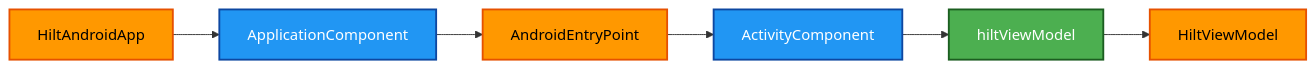
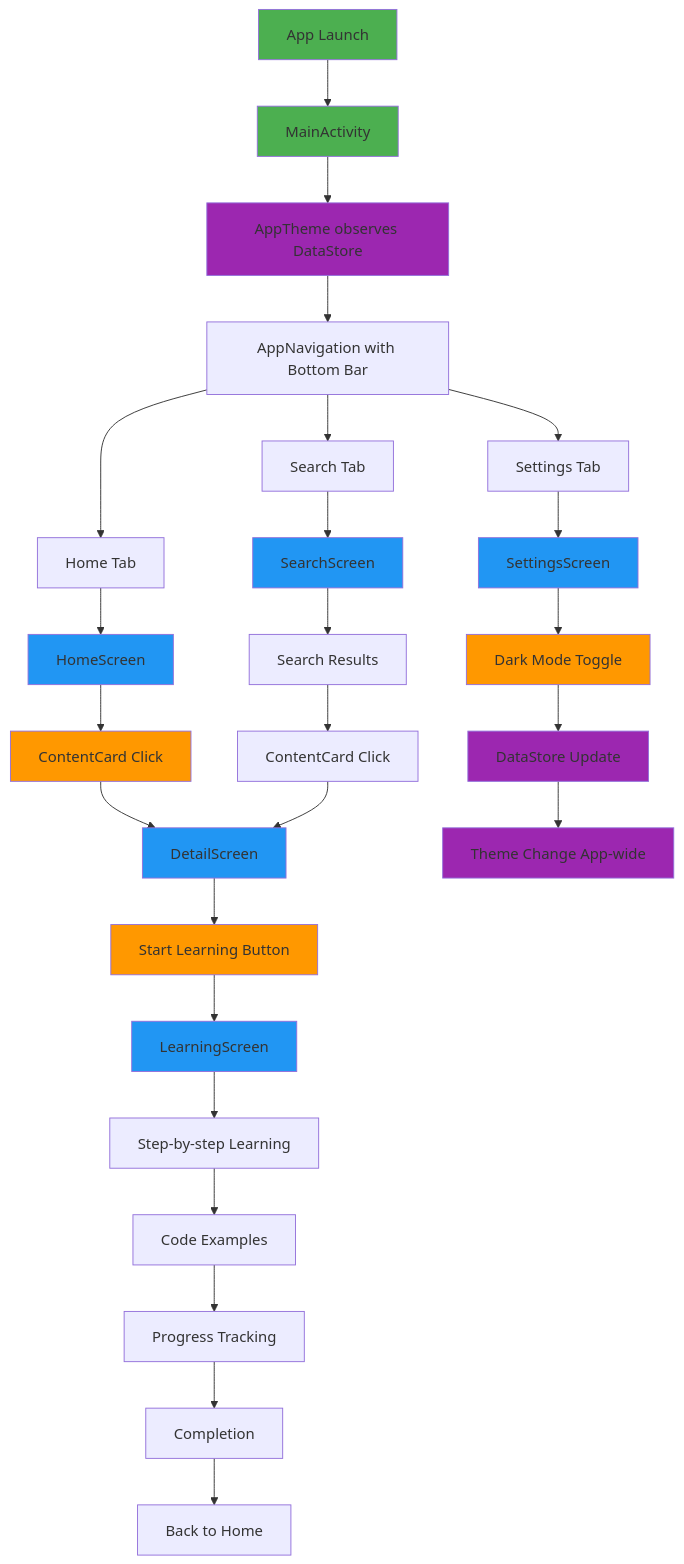
Before and after one commit to robertrahardja/androidone: the third of 3 diagrams in guide.md, drawn with Mermaid. The commit also changed other lines of this file, not shown here.

````diff
--- a/guide.md
+++ b/guide.md
@@ -94,16 +288,42 @@
 ```mermaid
-flowchart LR
-    A[HiltAndroidApp] --> B[ApplicationComponent]
-    B --> C[AndroidEntryPoint]  
-    C --> D[ActivityComponent]
-    D --> E[hiltViewModel]
-    E --> F[HiltViewModel]
+flowchart TD
+    A[App Launch] --> B[MainActivity]
+    B --> C[AppTheme observes DataStore]
+    C --> D[AppNavigation with Bottom Bar]
     
-    classDef annotation fill:#ff9800,stroke:#e65100,stroke-width:2px,color:#000
-    classDef component fill:#2196f3,stroke:#0d47a1,stroke-width:2px,color:#fff
-    classDef function fill:#4caf50,stroke:#1b5e20,stroke-width:2px,color:#fff
+    D --> E[Home Tab]
+    D --> F[Search Tab]
+    D --> G[Settings Tab]
     
-    class A,C,F annotation
-    class B,D component
-    class E function
+    E --> H[HomeScreen]
+    H --> I[ContentCard Click]
+    I --> J[DetailScreen]
+    J --> K[Start Learning Button]
+    K --> L[LearningScreen]
+    
+    F --> M[SearchScreen]
+    M --> N[Search Results]
+    N --> O[ContentCard Click]
+    O --> J
+    
+    G --> P[SettingsScreen]
+    P --> Q[Dark Mode Toggle]
+    Q --> R[DataStore Update]
+    R --> S[Theme Change App-wide]
+    
+    L --> T[Step-by-step Learning]
+    T --> U[Code Examples]
+    U --> V[Progress Tracking]
+    V --> W[Completion]
+    W --> X[Back to Home]
+    
+    classDef start fill:#4CAF50
+    classDef screen fill:#2196F3
+    classDef action fill:#FF9800
+    classDef data fill:#9C27B0
+    
+    class A,B start
+    class H,J,L,M,P screen
+    class I,K,Q action
+    class C,R,S data
 ```
````
